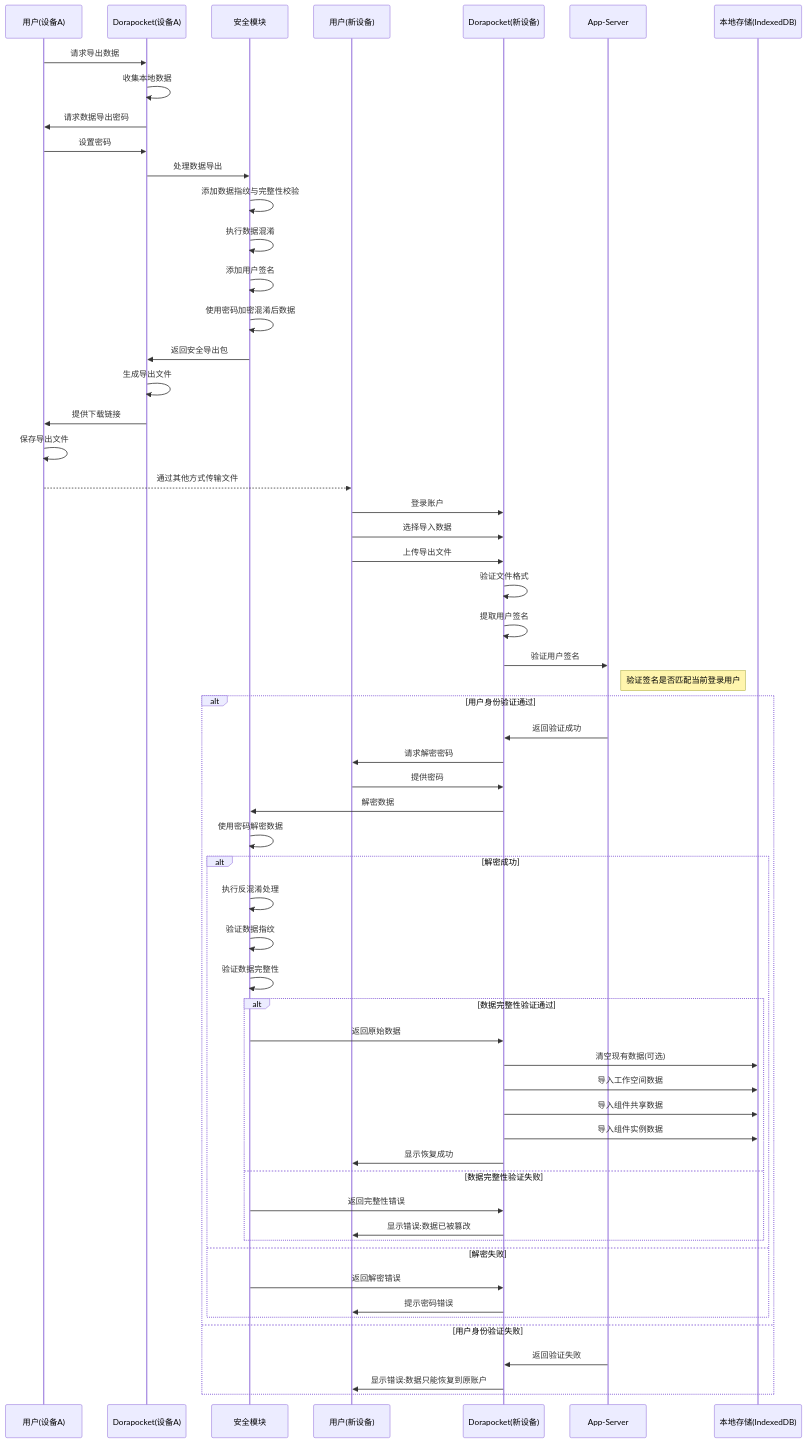
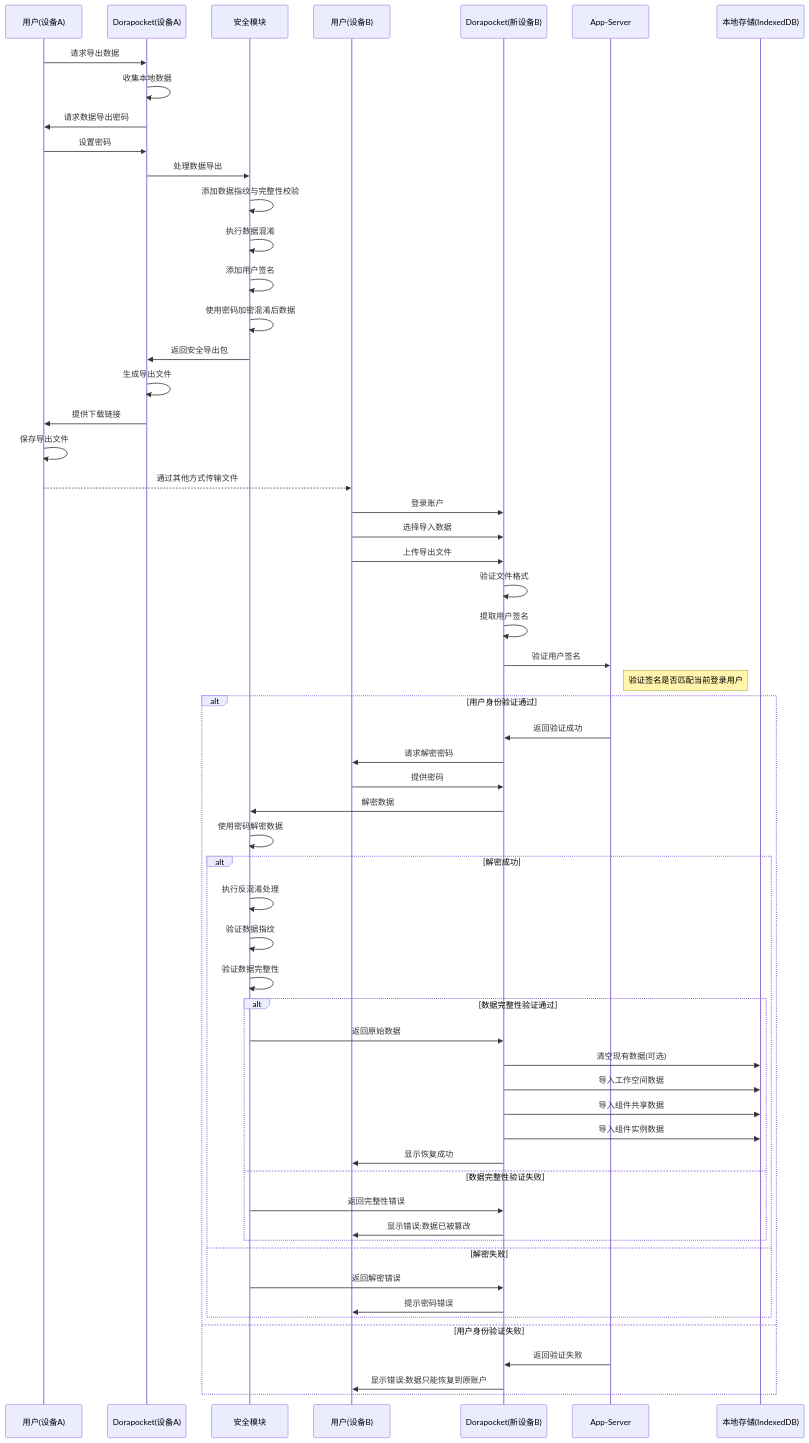
Before and after one commit to yingjianzh/iodraw-files: the diagram in all/未命名-34.md, drawn with Mermaid.

Commit message:
2025-04-17 16:45:08 update

````diff
--- a/all/未命名-34.md
+++ b/all/未命名-34.md
@@ -1,74 +1,74 @@
 ```mermaid
 sequenceDiagram
     participant UserOld as 用户(设备A)
     participant AppOld as Dorapocket(设备A)
     participant Security as 安全模块
-    participant UserNew as 用户(新设备)
-    participant AppNew as Dorapocket(新设备)
+    participant UserNew as 用户(设备B)
+    participant AppNew as Dorapocket(新设备B)
     participant AppServer as App-Server
     participant LocalDB as 本地存储(IndexedDB)
     
     %% 导出流程
     UserOld->>AppOld: 请求导出数据
     AppOld->>AppOld: 收集本地数据
     AppOld->>UserOld: 请求数据导出密码
     UserOld->>AppOld: 设置密码
     
     AppOld->>Security: 处理数据导出
     Security->>Security: 添加数据指纹与完整性校验
     Security->>Security: 执行数据混淆
     Security->>Security: 添加用户签名
     Security->>Security: 使用密码加密混淆后数据
     Security->>AppOld: 返回安全导出包
     
     AppOld->>AppOld: 生成导出文件
     AppOld->>UserOld: 提供下载链接
     UserOld->>UserOld: 保存导出文件
     
     %% 传输文件(由用户完成)
     UserOld-->>UserNew: 通过其他方式传输文件
     
     %% 恢复流程
     UserNew->>AppNew: 登录账户
     UserNew->>AppNew: 选择导入数据
     UserNew->>AppNew: 上传导出文件
     
     AppNew->>AppNew: 验证文件格式
     AppNew->>AppNew: 提取用户签名
     
     AppNew->>AppServer: 验证用户签名
     note right of AppServer: 验证签名是否匹配当前登录用户
     
     alt 用户身份验证通过
         AppServer->>AppNew: 返回验证成功
         AppNew->>UserNew: 请求解密密码
         UserNew->>AppNew: 提供密码
         
         AppNew->>Security: 解密数据
         Security->>Security: 使用密码解密数据
         
         alt 解密成功
             Security->>Security: 执行反混淆处理
             Security->>Security: 验证数据指纹
             Security->>Security: 验证数据完整性
             
             alt 数据完整性验证通过
                 Security->>AppNew: 返回原始数据
                 AppNew->>LocalDB: 清空现有数据(可选)
                 AppNew->>LocalDB: 导入工作空间数据
                 AppNew->>LocalDB: 导入组件共享数据
                 AppNew->>LocalDB: 导入组件实例数据
                 AppNew->>UserNew: 显示恢复成功
             else 数据完整性验证失败
                 Security->>AppNew: 返回完整性错误
                 AppNew->>UserNew: 显示错误:数据已被篡改
             end
         else 解密失败
             Security->>AppNew: 返回解密错误
             AppNew->>UserNew: 提示密码错误
         end
     else 用户身份验证失败
         AppServer->>AppNew: 返回验证失败
         AppNew->>UserNew: 显示错误:数据只能恢复到原账户
     end
 ```
````
